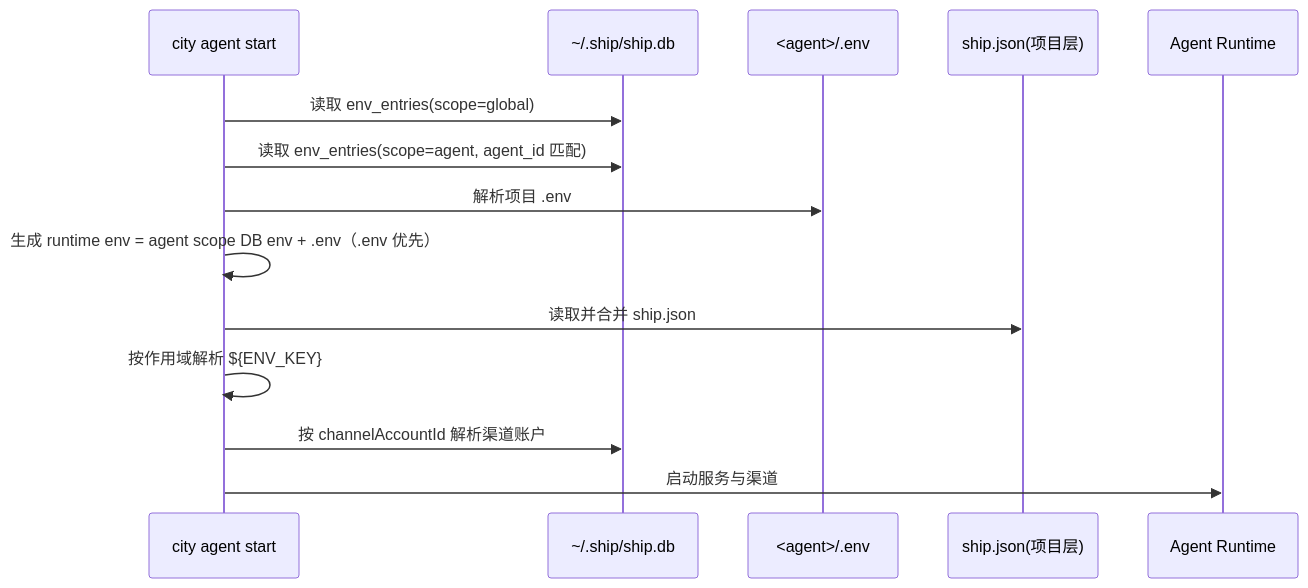
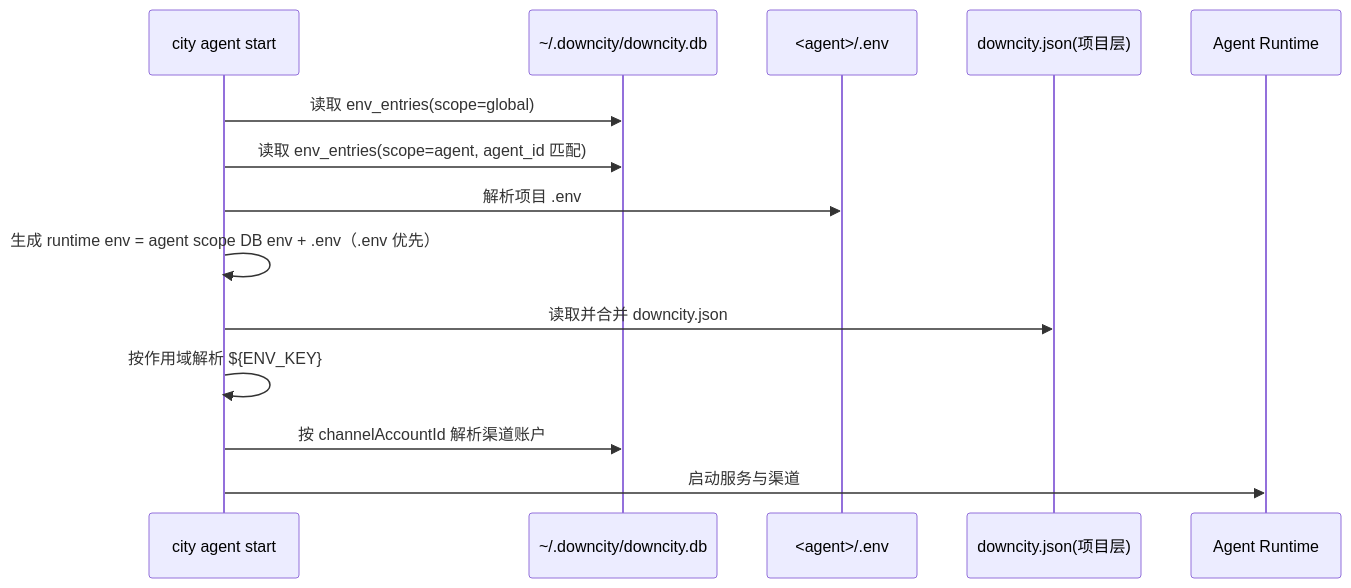
Before and after one commit to wangenius/downcity: the first of 2 diagrams in homepage/content/docs/zh/configuration/environment-variables.mdx, drawn with Mermaid. The commit also changed other lines of this file and 240 other files, not shown here.

````diff
--- a/homepage/content/docs/zh/configuration/environment-variables.mdx
+++ b/homepage/content/docs/zh/configuration/environment-variables.mdx
@@ -36,17 +36,17 @@
 ```mermaid
 sequenceDiagram
   participant CLI as city agent start
-  participant DB as ~/.ship/ship.db
+  participant DB as ~/.downcity/downcity.db
   participant ENV as <agent>/.env
-  participant JSON as ship.json(项目层)
+  participant JSON as downcity.json(项目层)
   participant RT as Agent Runtime
 
   CLI->>DB: 读取 env_entries(scope=global)
   CLI->>DB: 读取 env_entries(scope=agent, agent_id 匹配)
   CLI->>ENV: 解析项目 .env
   CLI->>CLI: 生成 runtime env = agent scope DB env + .env（.env 优先）
-  CLI->>JSON: 读取并合并 ship.json
+  CLI->>JSON: 读取并合并 downcity.json
   CLI->>CLI: 按作用域解析 ${ENV_KEY}
   CLI->>DB: 按 channelAccountId 解析渠道账户
   CLI->>RT: 启动服务与渠道
 ```
````
